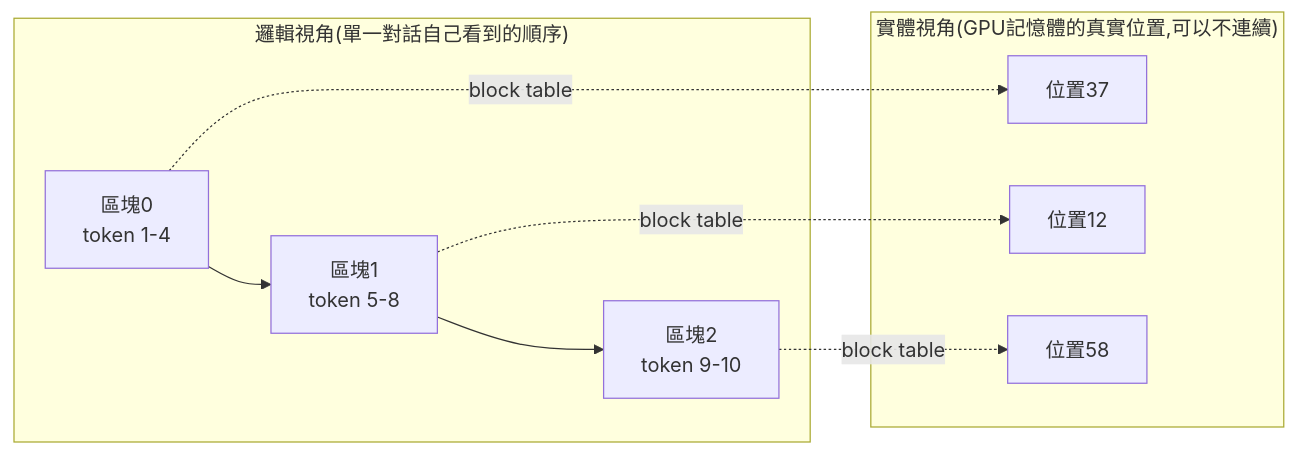
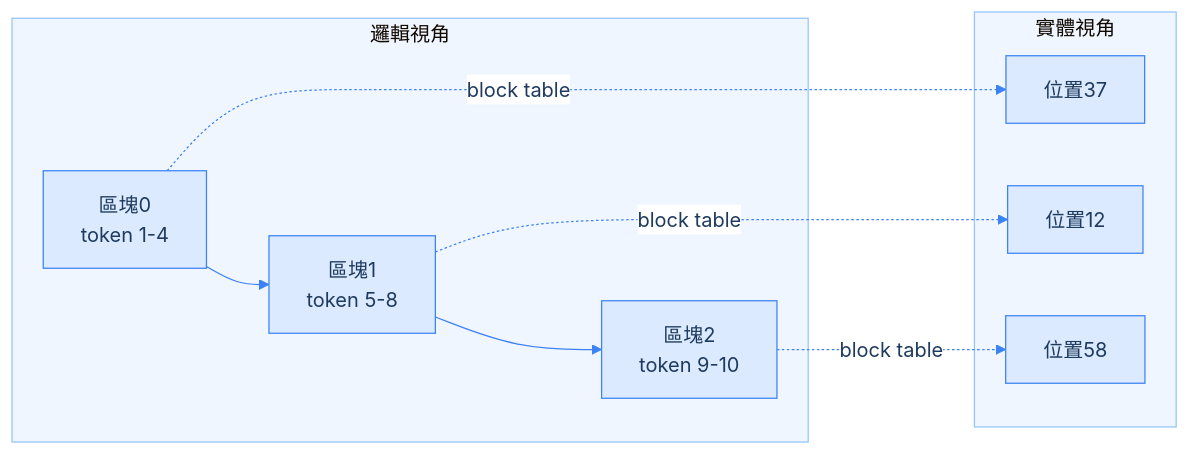
One commit to johnnyhwu/johnnyhwu.github.io changed the diagram in content/posts/ai-concept/vllm-agentic-serving/index.zh-tw.md. Above: the diagram before and after it, drawn with Mermaid. The commit also changed other lines of this file and 1 other file, not shown here.

Commit message:
Restyle the KV-cache paging mermaid diagram in vLLM-Agentic-Serving
Two real problems, not just taste: (1) mermaid's default theme
(bright yellow subgraph fill + lavender nodes) clashed with the
site's palette and didn't adapt between light/dark mode, and (2) the
subgraph titles carried a long parenthetical that mermaid couldn't
fit inside the box width implied by their short child nodes, so at
this blog's actual content-column width the title text was clipped
("Physical view" rendered as "...l view").

Fixes: add a per-diagram %%{init}%% directive with theme colors
matching the site's blue accent (scoped to this diagram only, no
theme-wide change); shorten the subgraph titles to fit their boxes
and move the dropped context into a sentence in the surrounding
prose instead; switch \n to <br/> for node line breaks per this
skill's own mermaid-authoring guidance.

Verified with a real hugo build plus a headless-browser render at
both mobile and desktop widths -- no more clipping, consistent blue
palette, still a valid SVG with no console errors.

Claude-Session: https://claude.ai/code/session_01D6gQNfC3V2NTU5Sssef5Th

````diff
--- a/content/posts/ai-concept/vllm-agentic-serving/index.zh-tw.md
+++ b/content/posts/ai-concept/vllm-agentic-serving/index.zh-tw.md
@@ -97,14 +97,15 @@
 ```mermaid
+%%{init: {'theme':'base', 'themeVariables': { 'primaryColor':'#dbeafe', 'primaryBorderColor':'#3b82f6', 'primaryTextColor':'#1e3a5f', 'lineColor':'#3b82f6', 'secondaryColor':'#eff6ff', 'tertiaryColor':'#eff6ff', 'clusterBkg':'#eff6ff', 'clusterBorder':'#93c5fd', 'edgeLabelBackground':'#ffffff' }}}%%
 flowchart LR
-  subgraph 邏輯視角["邏輯視角(單一對話自己看到的順序)"]
-    L0["區塊0\ntoken 1-4"] --> L1["區塊1\ntoken 5-8"] --> L2["區塊2\ntoken 9-10"]
+  subgraph 邏輯視角["邏輯視角"]
+    L0["區塊0<br/>token 1-4"] --> L1["區塊1<br/>token 5-8"] --> L2["區塊2<br/>token 9-10"]
   end
-  subgraph 實體視角["實體視角(GPU記憶體的真實位置,可以不連續)"]
+  subgraph 實體視角["實體視角"]
     P37["位置37"]
     P12["位置12"]
     P58["位置58"]
   end
   L0 -.block table.-> P37
   L1 -.block table.-> P12
   L2 -.block table.-> P58
 ```
````
